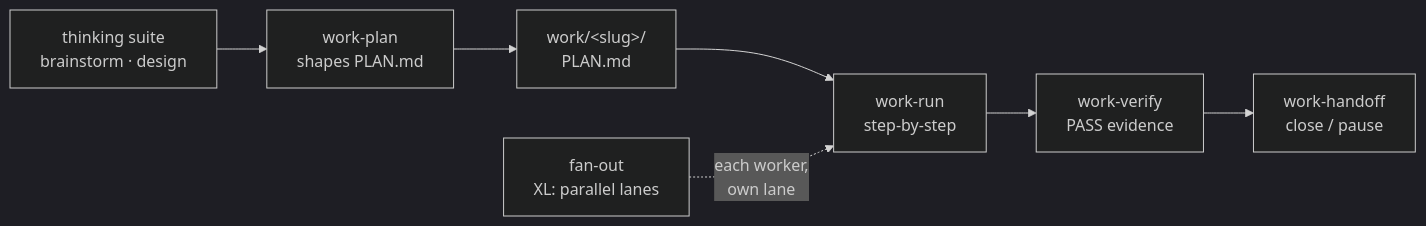
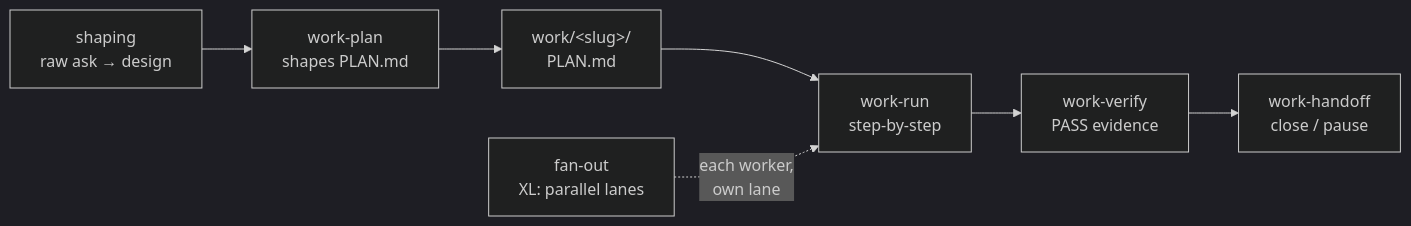
Before and after one commit to bygama/Agent-Engineering: the third of 5 diagrams in README.md, drawn with Mermaid (dark theme). The commit also changed other lines of this file and 4 other files, not shown here.

First line of the commit message:
docs(shaping): weave shaping into README, work-lifecycle, standard-lifecycle

````diff
--- a/README.md
+++ b/README.md
@@ -139,9 +143,9 @@
 ```mermaid
 flowchart LR
-    TH["thinking suite<br/>brainstorm · design"] --> WP["work-plan<br/>shapes PLAN.md"]
+    SH["shaping<br/>raw ask → design"] --> WP["work-plan<br/>shapes PLAN.md"]
     WP --> PL["work/&lt;slug&gt;/<br/>PLAN.md"]
     PL --> RE["work-run<br/>step-by-step"]
     RE --> WV["work-verify<br/>PASS evidence"]
     WV --> WH["work-handoff<br/>close / pause"]
     FO["fan-out<br/>XL: parallel lanes"] -.->|"each worker,<br/>own lane"| RE
 ```
````
